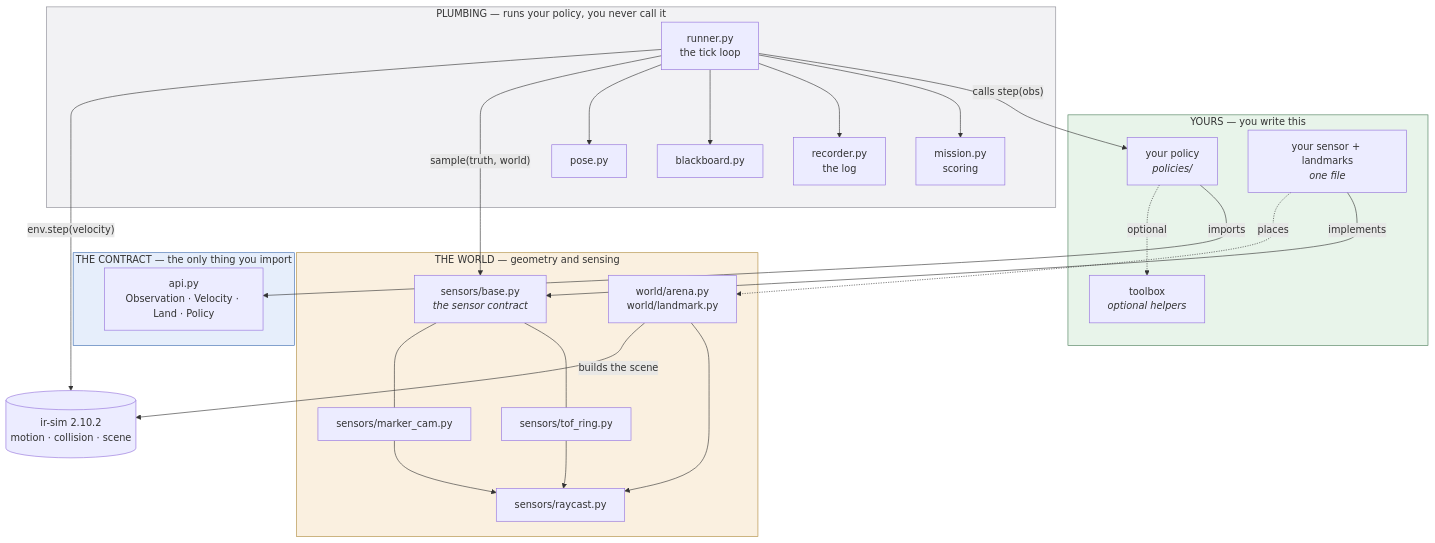
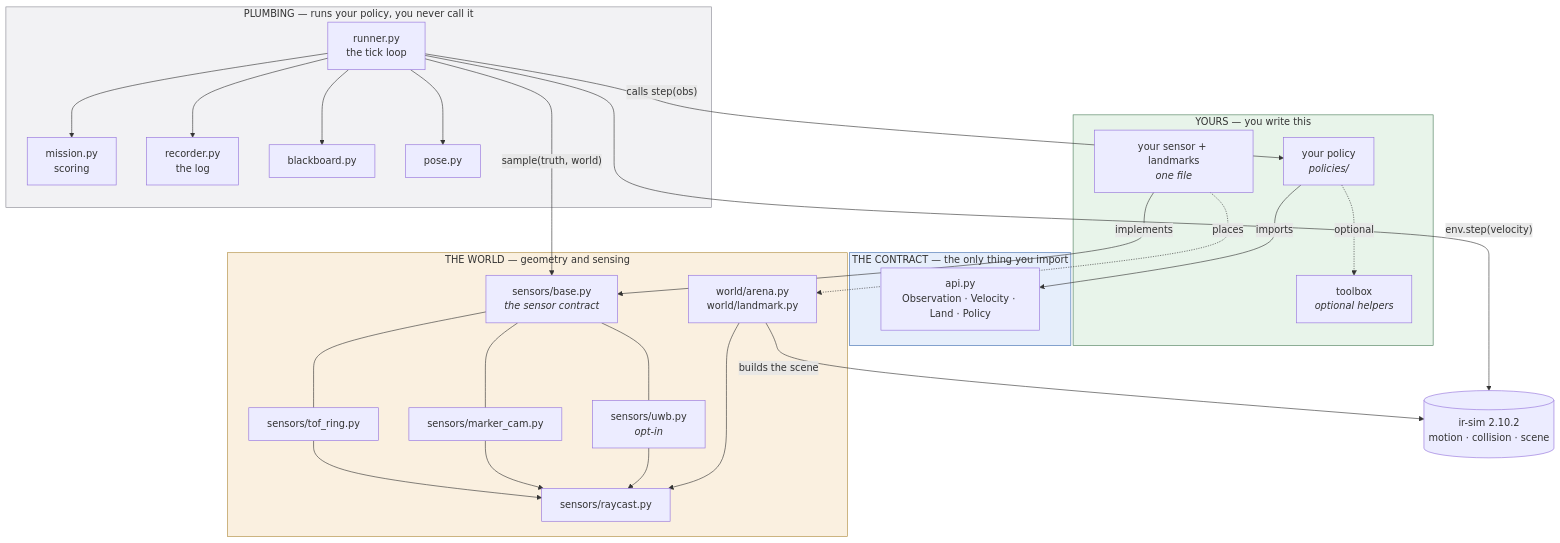
Before and after one commit to nus-safmc/safmc-ir-sim: the first of 4 diagrams in ARCHITECTURE.md, drawn with Mermaid. The commit also changed 18 other files, not shown here.

````diff
--- a/ARCHITECTURE.md
+++ b/ARCHITECTURE.md
@@ -13,48 +13,49 @@
 ```mermaid
 flowchart TB
     subgraph YOURS["YOURS — you write this"]
         POL["your policy<br/><i>policies/</i>"]
         TB["toolbox<br/><i>optional helpers</i>"]
         SEN["your sensor + landmarks<br/><i>one file</i>"]
     end
 
     subgraph CONTRACT["THE CONTRACT — the only thing you import"]
         API["api.py<br/>Observation · Velocity · Land · Policy"]
     end
 
     subgraph PLUMBING["PLUMBING — runs your policy, you never call it"]
         RUN["runner.py<br/>the tick loop"]
         MIS["mission.py<br/>scoring"]
         REC["recorder.py<br/>the log"]
         BB["blackboard.py"]
         PS["pose.py"]
     end
 
     subgraph WORLD["THE WORLD — geometry and sensing"]
         ARENA["world/arena.py<br/>world/landmark.py"]
         BASE["sensors/base.py<br/><i>the sensor contract</i>"]
         RING["sensors/tof_ring.py"]
         CAM["sensors/marker_cam.py"]
+        UWB["sensors/uwb.py<br/><i>opt-in</i>"]
         RAY["sensors/raycast.py"]
     end
 
     IRSIM[("ir-sim 2.10.2<br/>motion · collision · scene")]
 
     POL -->|"imports"| API
     POL -.->|"optional"| TB
     RUN -->|"calls step(obs)"| POL
     RUN --> MIS & REC & BB & PS
     RUN -->|"sample(truth, world)"| BASE
-    BASE --- RING & CAM
+    BASE --- RING & CAM & UWB
     SEN -->|"implements"| BASE
     SEN -.->|"places"| ARENA
     RUN -->|"env.step(velocity)"| IRSIM
-    RING & CAM --> RAY
+    RING & CAM & UWB --> RAY
     ARENA --> RAY
     ARENA -->|"builds the scene"| IRSIM
 
     style YOURS fill:#e8f4ea,stroke:#4a7c59
     style CONTRACT fill:#e6eefb,stroke:#3c6bb0
     style PLUMBING fill:#f2f2f4,stroke:#8a8a94
     style WORLD fill:#faf0e0,stroke:#b08a3c
 ```
````
